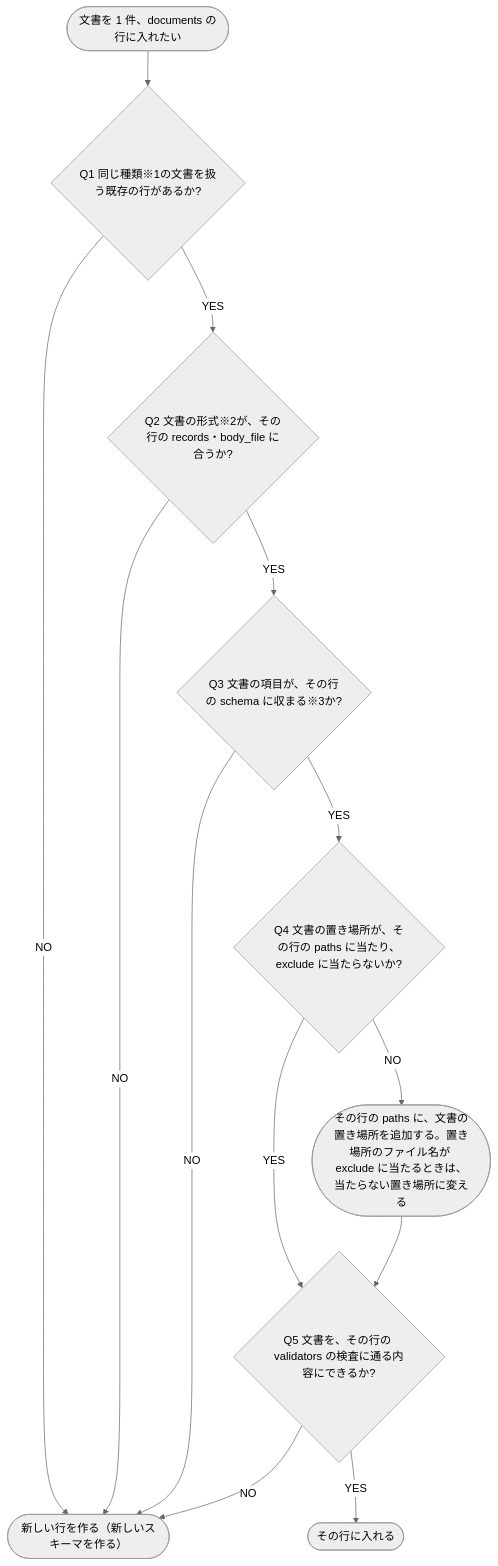
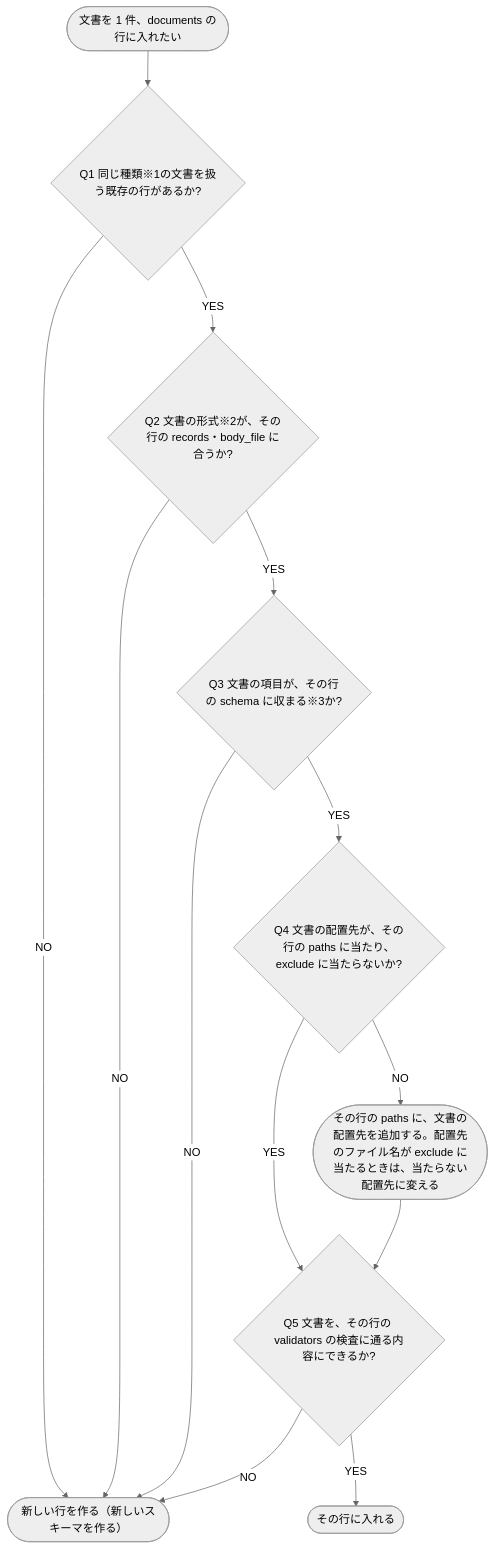
One commit to shuhei1101/project-index changed the diagram in docs/guide/documentsの行の判定.md. Above: the diagram before and after it, drawn with Mermaid (neutral theme). The commit also changed 274 other files, not shown here.

First line of the commit message:
設計書の文書を書き換える（クラス図の click の ID の参照・タグとエイリアスと用語の付与・「返し済み」「読める」「置き場所」「束ねる」の文言の修正） (#70)

````diff
--- a/docs/guide/documentsの行の判定.md
+++ b/docs/guide/documentsの行の判定.md
@@ -16,26 +16,26 @@
 ```mermaid
 flowchart TD
   START([文書を 1 件、documents の行に入れたい])
   Q1{Q1 同じ種類※1の文書を扱う既存の行があるか?}
   Q2{Q2 文書の形式※2が、その行の records・body_file に合うか?}
   Q3{Q3 文書の項目が、その行の schema に収まる※3か?}
-  Q4{Q4 文書の置き場所が、その行の paths に当たり、exclude に当たらないか?}
+  Q4{Q4 文書の配置先が、その行の paths に当たり、exclude に当たらないか?}
   Q5{Q5 文書を、その行の validators の検査に通る内容にできるか?}
 
-  A1([その行の paths に、文書の置き場所を追加する。置き場所のファイル名が exclude に当たるときは、当たらない置き場所に変える])
+  A1([その行の paths に、文書の配置先を追加する。配置先のファイル名が exclude に当たるときは、当たらない配置先に変える])
   R1([その行に入れる])
   R2([新しい行を作る（新しいスキーマを作る）])
 
   START --> Q1
   Q1 -->|NO| R2
   Q1 -->|YES| Q2
   Q2 -->|YES| Q3
   Q2 -->|NO| R2
   Q3 -->|NO| R2
   Q3 -->|YES| Q4
   Q4 -->|YES| Q5
   Q4 -->|NO| A1
   A1 --> Q5
   Q5 -->|YES| R1
   Q5 -->|NO| R2
 ```
````
